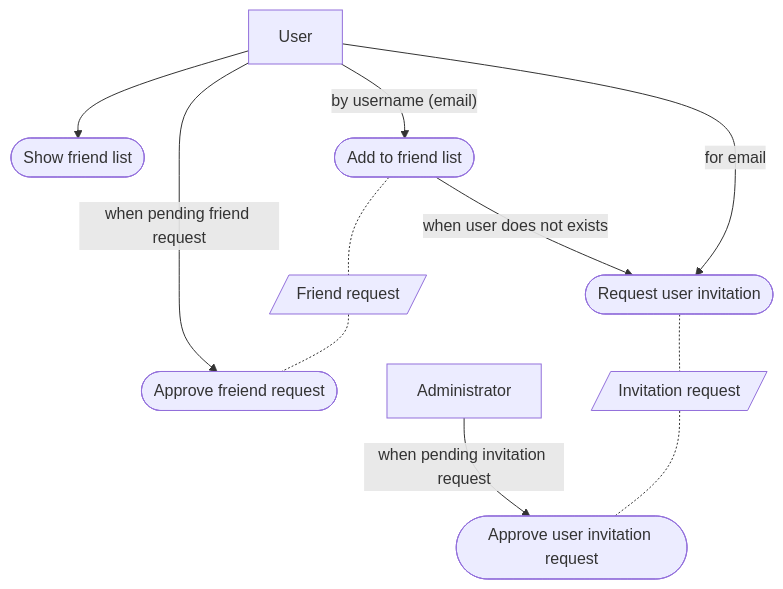
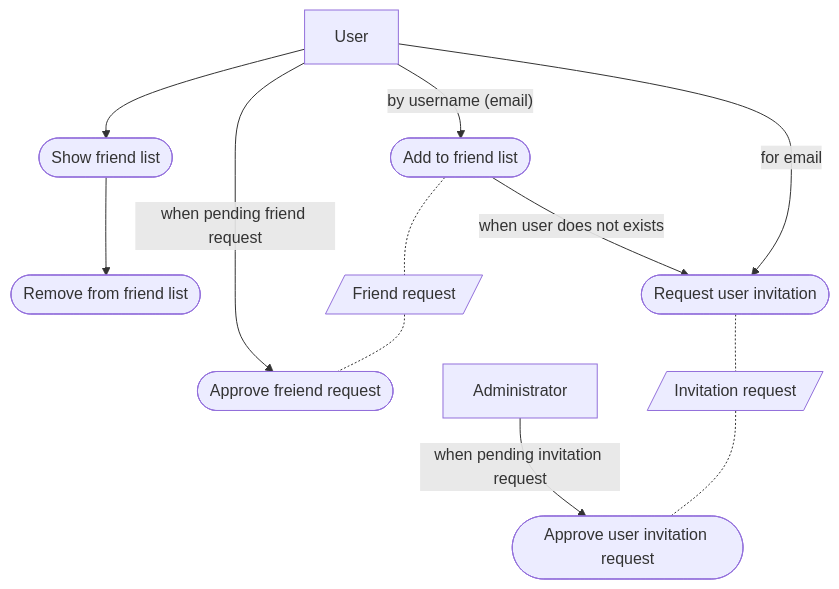
The diagram in documents/01_requirements/use_cases/friend_context.md (radek2s/BetKeeper), drawn with Mermaid before and after one commit. The commit also changed other lines of this file and 1 other file, not shown here.

````diff
--- a/documents/01_requirements/use_cases/friend_context.md
+++ b/documents/01_requirements/use_cases/friend_context.md
@@ -6,16 +8,17 @@
 ```mermaid
 ---
 title Friend List Use Cases
 ---
 flowchart TB
     
     USER["User"] --> SHOW_FREINDS(["Show friend list"])
+    SHOW_FREINDS --> REMOVE_USER(["Remove from friend list"])
     USER -- by username (email) --> FRIEND_INVITE(["Add to friend list"])
     FRIEND_INVITE -- when user does not exists --> REQUEST_INVITE
     USER -- when pending friend request --> APROVE_FRIEND_INVITE(["Approve freiend request"])
     USER -- for email --> REQUEST_INVITE(["Request user invitation"])
 
     FRIEND_INVITE -.- FREIND_INVITE_REQUEST[/"Friend request"/] -.- APROVE_FRIEND_INVITE
     ADMINISTRATOR["Administrator"] -- when pending invitation request --> APROVE_INVITE(["Approve user invitation request"])
     REQUEST_INVITE -.- INVITATION_REQUEST[/"Invitation request"/] -.- APROVE_INVITE
 ```
````
